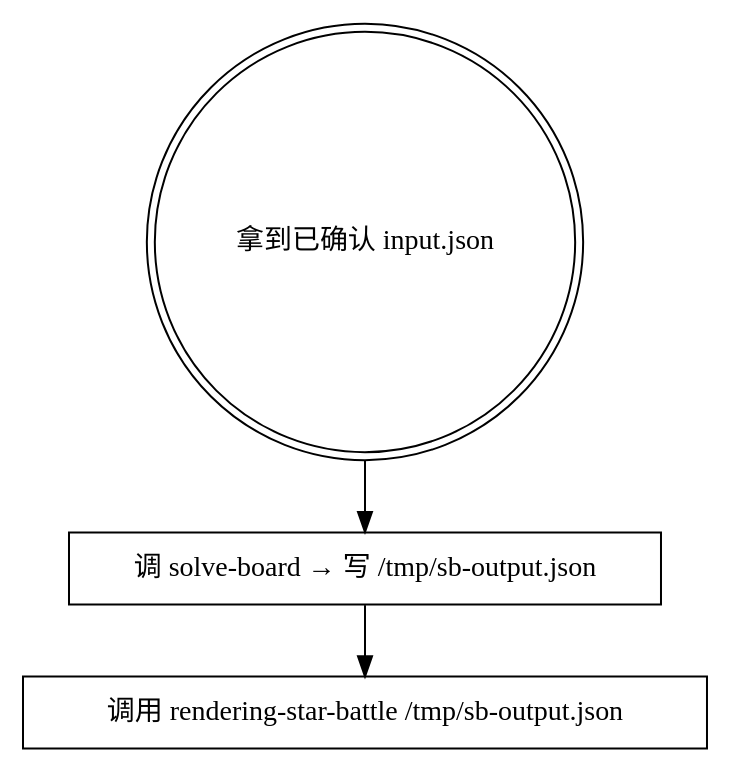
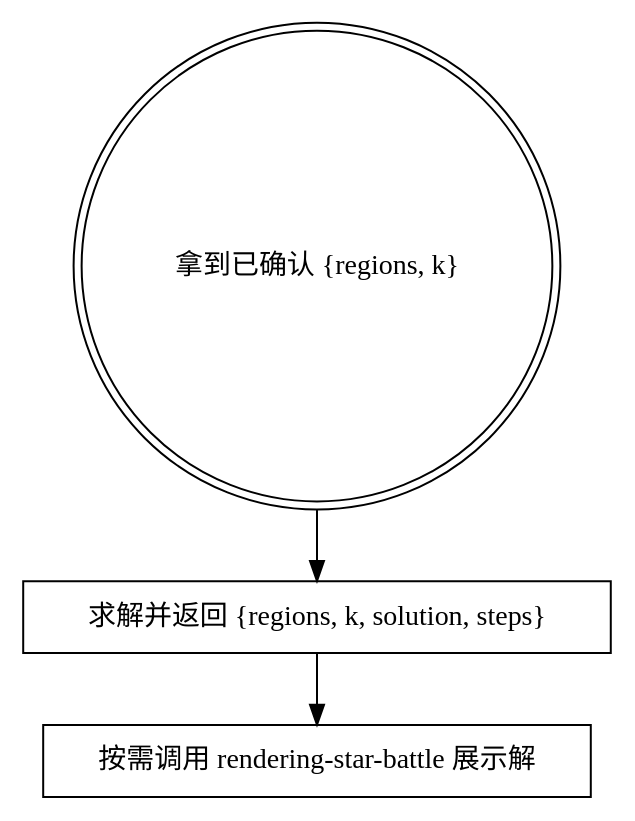
Before and after one commit to HakurouKen/puzzle-solver: the diagram in packages/star-battle/skills/solving-star-battle/SKILL.md, drawn with Graphviz. The commit also changed other lines of this file and 12 other files, not shown here.

````diff
--- a/packages/star-battle/skills/solving-star-battle/SKILL.md
+++ b/packages/star-battle/skills/solving-star-battle/SKILL.md
@@ -12,9 +12,9 @@
 ```dot
 digraph flow {
-    "拿到已确认 input.json" [shape=doublecircle];
-    "调 solve-board → 写 /tmp/sb-output.json" [shape=box];
-    "调用 rendering-star-battle /tmp/sb-output.json" [shape=box];
-    "拿到已确认 input.json" -> "调 solve-board → 写 /tmp/sb-output.json"
-        -> "调用 rendering-star-battle /tmp/sb-output.json";
+    "拿到已确认 {regions, k}" [shape=doublecircle];
+    "求解并返回 {regions, k, solution, steps}" [shape=box];
+    "按需调用 rendering-star-battle 展示解" [shape=box];
+    "拿到已确认 {regions, k}" -> "求解并返回 {regions, k, solution, steps}"
+        -> "按需调用 rendering-star-battle 展示解";
 }
 ```
````
